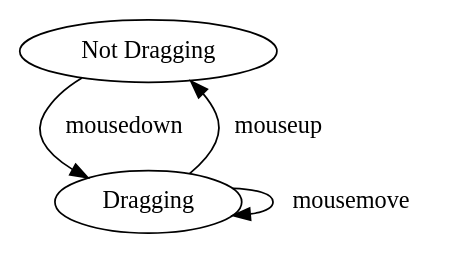
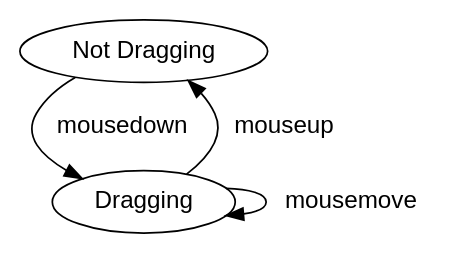
The diagram in dragging.dot (hrldcpr/javascript-coroutines), drawn with Graphviz before and after one commit. The commit also changed 3 other files, not shown here.

Commit message:
helvetica diagrams

```diff
--- a/dragging.dot
+++ b/dragging.dot
@@ -1,5 +1,7 @@
 digraph {
-  "Not Dragging" -> "Dragging" [label = " mousedown  "];
-  "Dragging" -> "Dragging" [label = " mousemove"];
-  "Dragging" -> "Not Dragging" [label = " mouseup"];
+  node [fontname = "helvetica"];
+  edge [fontname = "helvetica"];
+  "Not Dragging" -> "Dragging" [label = "  mousedown  "];
+  "Dragging" -> "Dragging" [label = "  mousemove"];
+  "Dragging" -> "Not Dragging" [label = "  mouseup"];
 }
```
